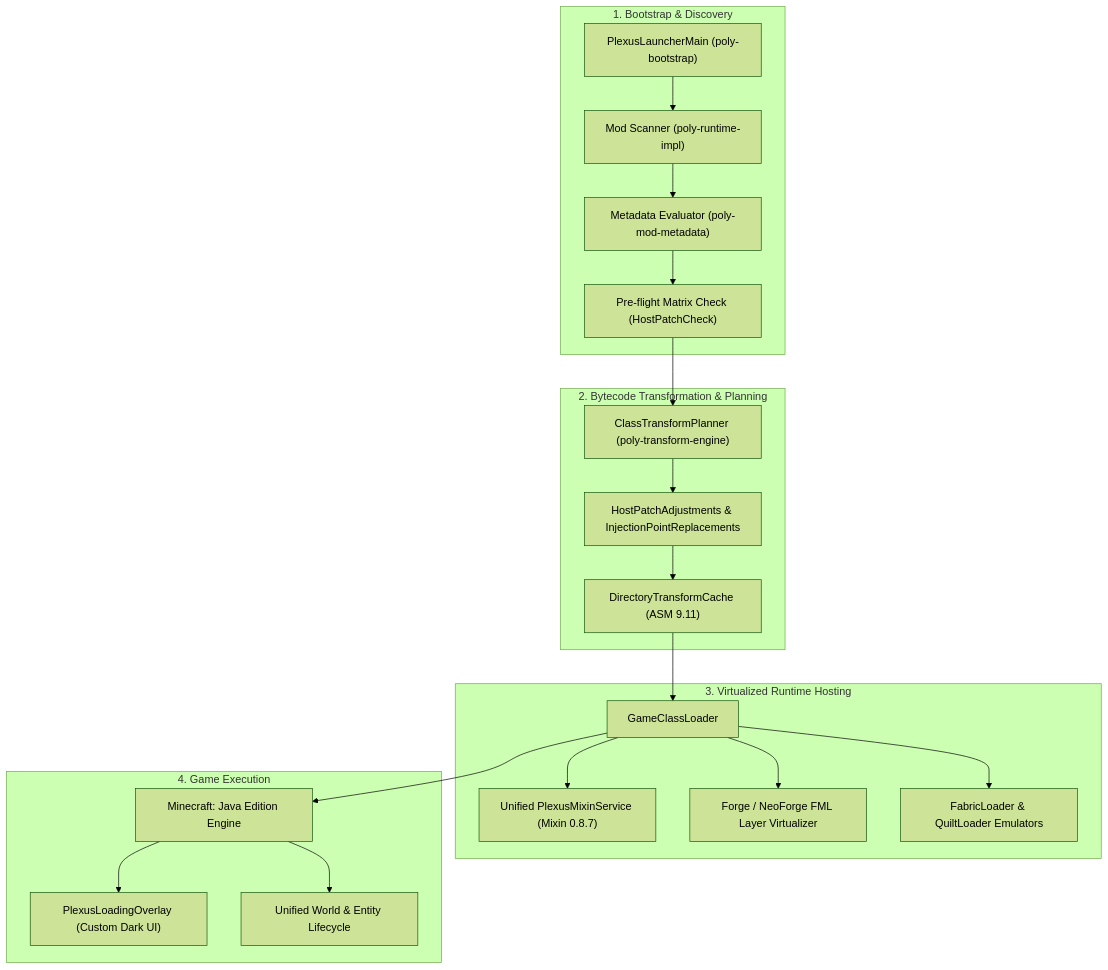
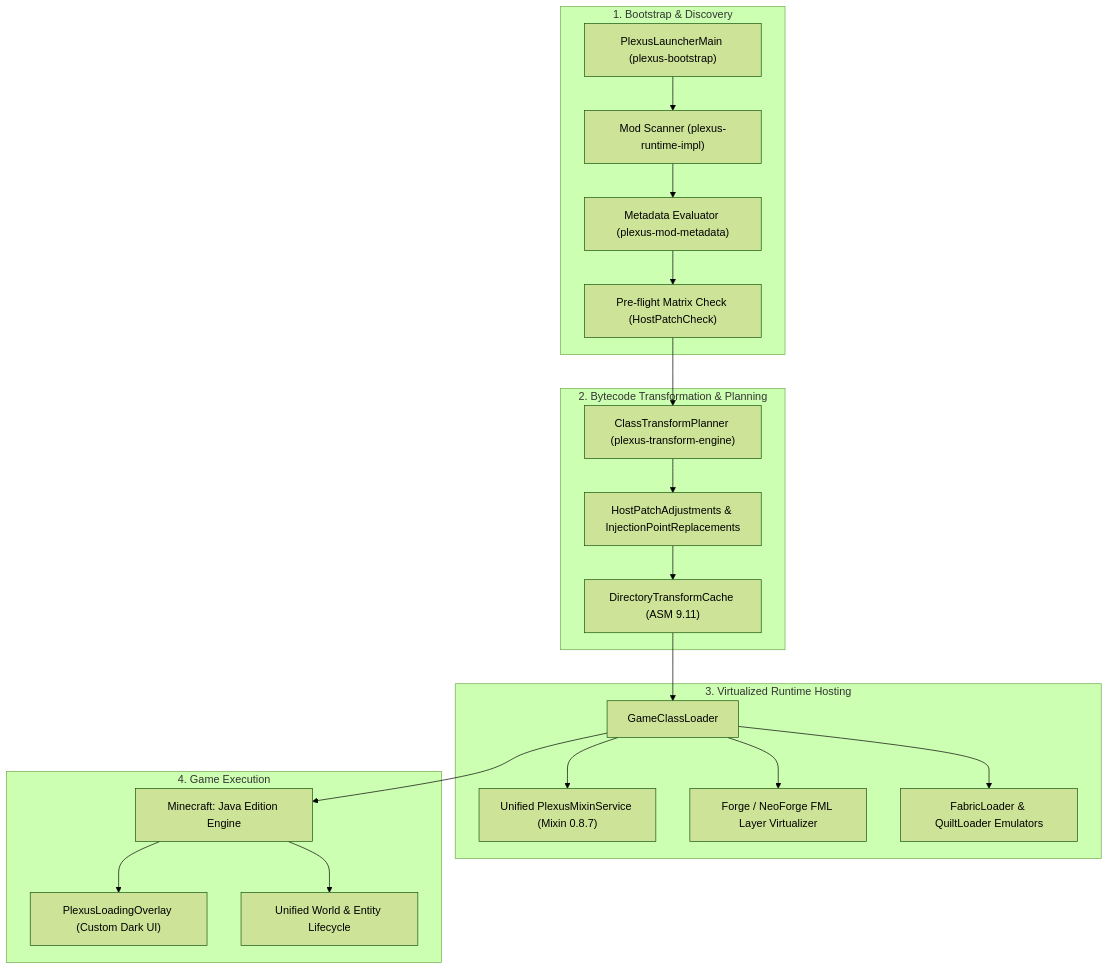
One commit to xyrz47-spec/Plexus-Mod-Loader changed the diagram in ARCHITECTURE.md. Above: the diagram before and after it, drawn with Mermaid (forest theme). The commit also changed other lines of this file and 54 other files, not shown here.

````diff
--- a/ARCHITECTURE.md
+++ b/ARCHITECTURE.md
@@ -11,27 +11,27 @@
 ```mermaid
 flowchart TD
     subgraph Launch["1. Bootstrap & Discovery"]
-        Entry["PlexusLauncherMain (poly-bootstrap)"] --> Scanner["Mod Scanner (poly-runtime-impl)"]
-        Scanner --> Metadata["Metadata Evaluator (poly-mod-metadata)"]
+        Entry["PlexusLauncherMain (plexus-bootstrap)"] --> Scanner["Mod Scanner (plexus-runtime-impl)"]
+        Scanner --> Metadata["Metadata Evaluator (plexus-mod-metadata)"]
         Metadata --> Assess["Pre-flight Matrix Check (HostPatchCheck)"]
     end
 
     subgraph Planning["2. Bytecode Transformation & Planning"]
-        Assess --> PlanEngine["ClassTransformPlanner (poly-transform-engine)"]
+        Assess --> PlanEngine["ClassTransformPlanner (plexus-transform-engine)"]
         PlanEngine --> Adjust["HostPatchAdjustments & InjectionPointReplacements"]
         Adjust --> Cache["DirectoryTransformCache (ASM 9.11)"]
     end
 
     subgraph Runtime["3. Virtualized Runtime Hosting"]
         Cache --> ClassLoader["GameClassLoader"]
         ClassLoader --> MixinService["Unified PlexusMixinService (Mixin 0.8.7)"]
         ClassLoader --> ForgeHost["Forge / NeoForge FML Layer Virtualizer"]
         ClassLoader --> FabricHost["FabricLoader & QuiltLoader Emulators"]
     end
 
     subgraph Game["4. Game Execution"]
         ClassLoader --> Minecraft["Minecraft: Java Edition Engine"]
         Minecraft --> Overlay["PlexusLoadingOverlay (Custom Dark UI)"]
         Minecraft --> World["Unified World & Entity Lifecycle"]
     end
 ```
````
